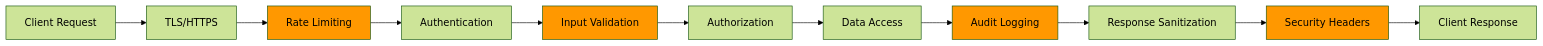
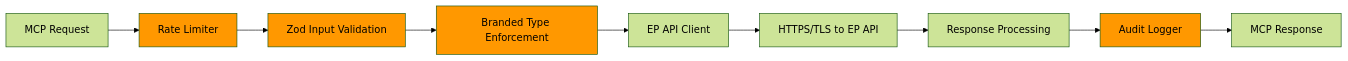
One commit to Hack23/European-Parliament-MCP-Server changed the fifth of 5 diagrams in ARCHITECTURE.md. Above: the diagram before and after it, drawn with Mermaid (forest theme). The commit also changed other lines of this file and 3 other files, not shown here.

Commit message:
Update ARCHITECTURE.md, DATA_MODEL.md, FLOWCHART.md, MINDMAP.md with accurate system descriptions

````diff
--- a/ARCHITECTURE.md
+++ b/ARCHITECTURE.md
@@ -229,18 +359,16 @@
 ```mermaid
 graph LR
-    A[Client Request] --> B[TLS/HTTPS]
-    B --> C[Rate Limiting]
-    C --> D[Authentication]
-    D --> E[Input Validation]
-    E --> F[Authorization]
-    F --> G[Data Access]
-    G --> H[Audit Logging]
-    H --> I[Response Sanitization]
-    I --> J[Security Headers]
-    J --> K[Client Response]
-    
-    style C fill:#FF9800
-    style E fill:#FF9800
-    style H fill:#FF9800
-    style J fill:#FF9800
+    A[MCP Request] --> B[Rate Limiter]
+    B --> C[Zod Input Validation]
+    C --> D[Branded Type Enforcement]
+    D --> E[EP API Client]
+    E --> F[HTTPS/TLS to EP API]
+    F --> G[Response Processing]
+    G --> H[Audit Logger]
+    H --> I[MCP Response]
+
+    style B fill:#FF9800,color:#000
+    style C fill:#FF9800,color:#000
+    style D fill:#FF9800,color:#000
+    style H fill:#FF9800,color:#000
 ```
````
